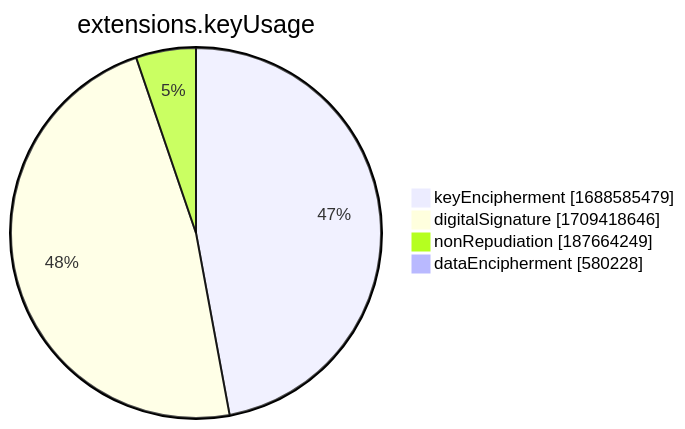
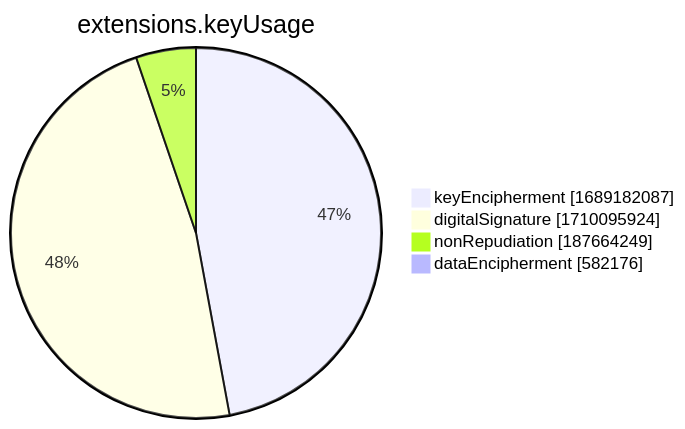
The seventh of 15 diagrams in xenon2022/README.md (christiankrug/ctmonitor_visualization), drawn with Mermaid before and after one commit. The commit also changed other lines of this file, not shown here.

````diff
--- a/xenon2022/README.md
+++ b/xenon2022/README.md
@@ -2858,8 +2858,8 @@
 ```mermaid
 pie showData
 title extensions.keyUsage
-"keyEncipherment" :1688585479
-"digitalSignature" :1709418646
+"keyEncipherment" :1689182087
+"digitalSignature" :1710095924
 "nonRepudiation" :187664249
-"dataEncipherment" :580228
+"dataEncipherment" :582176
 ```
````
